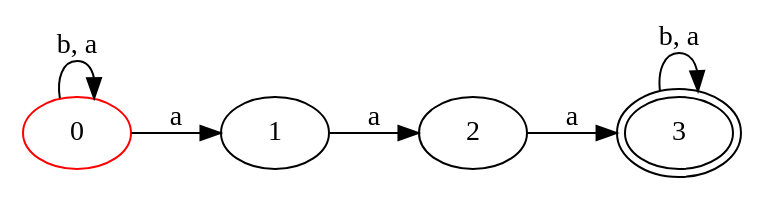
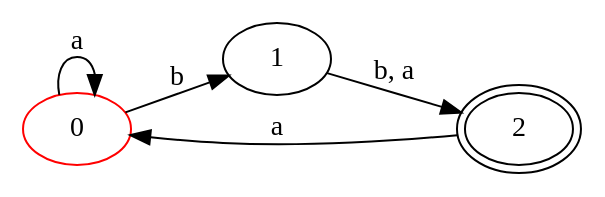
One commit to userdigitaldevil/automata changed the diagram in affichage.dot. Above: the diagram before and after it, drawn with Graphviz. The commit also changed 2 other files, not shown here.

```diff
--- a/affichage.dot
+++ b/affichage.dot
@@ -1,12 +1,10 @@
 digraph a {
  rankdir=LR
 0[ label ="0", color=red ];
-0 -> 0 [ label = "b, a" ];
-0 -> 1 [ label = "a" ];
+0 -> 1 [ label = "b" ];
+0 -> 0 [ label = "a" ];
 1[ label ="1",];
-1 -> 2 [ label = "a" ];
-2[ label ="2",];
-2 -> 3 [ label = "a" ];
-3[ label ="3",peripheries=2 ];
-3 -> 3 [ label = "b, a" ];
+1 -> 2 [ label = "b, a" ];
+2[ label ="2",peripheries=2 ];
+2 -> 0 [ label = "a" ];
 }
```
